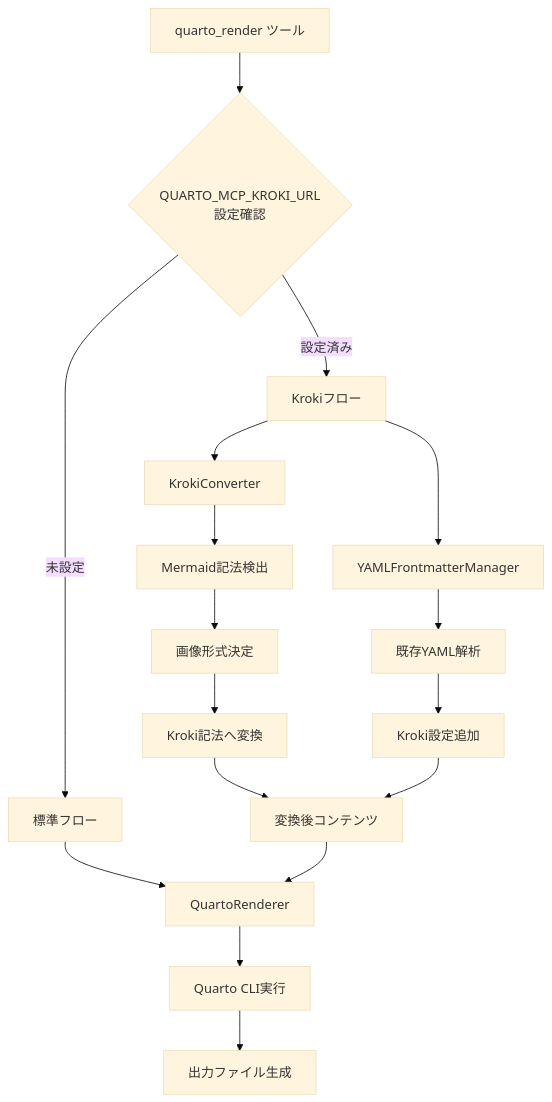
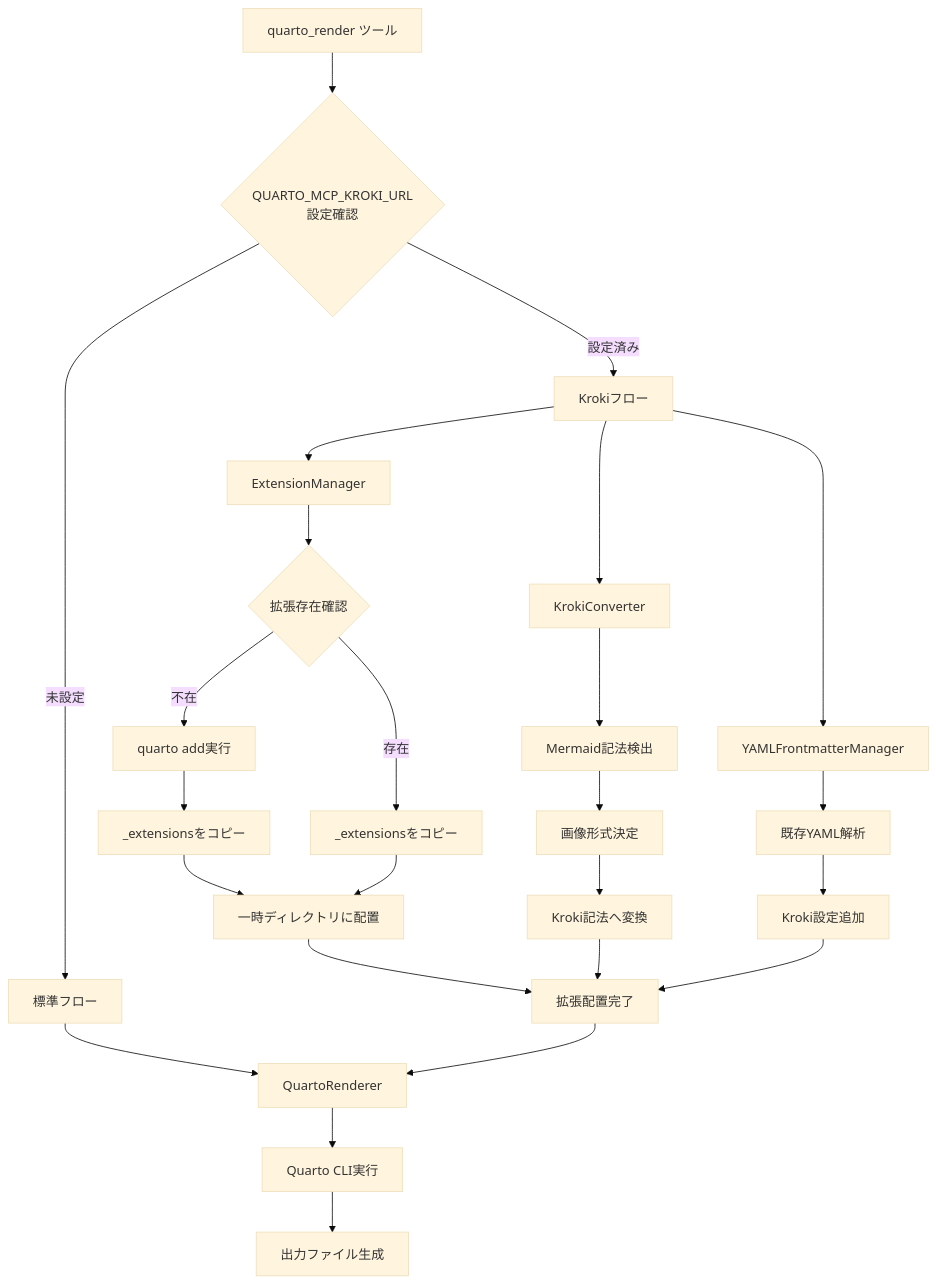
One commit to notfolder/quarto_mcp changed the first of 5 diagrams in docs/KROKI_INTEGRATION.md. Above: the diagram before and after it, drawn with Mermaid (base theme). The commit also changed other lines of this file and 4 other files, not shown here.

First line of the commit message:
feat: Implement ExtensionManager for managing quarto-kroki extensions

````diff
--- a/docs/KROKI_INTEGRATION.md
+++ b/docs/KROKI_INTEGRATION.md
@@ -245,24 +305,33 @@
 ```mermaid
 flowchart TD
     A[quarto_render ツール] --> B{QUARTO_MCP_KROKI_URL<br/>設定確認}
     B -->|未設定| C[標準フロー]
     B -->|設定済み| D[Krokiフロー]
     
     C --> E[QuartoRenderer]
     E --> F[Quarto CLI実行]
+    
+    D --> X[ExtensionManager]
+    X --> Y{拡張存在確認}
+    Y -->|存在| Z[_extensionsをコピー]
+    Y -->|不在| AA[quarto add実行]
+    AA --> AB[_extensionsをコピー]
+    AB --> AC[一時ディレクトリに配置]
+    Z --> AC
     
     D --> G[KrokiConverter]
     G --> H[Mermaid記法検出]
     H --> I[画像形式決定]
     I --> J[Kroki記法へ変換]
     
     D --> N[YAMLFrontmatterManager]
     N --> O[既存YAML解析]
     O --> P[Kroki設定追加]
     
-    J --> Q[変換後コンテンツ]
+    AC --> Q[拡張配置完了]
+    J --> Q
     P --> Q
     
     Q --> E
     F --> R[出力ファイル生成]
 ```
````
